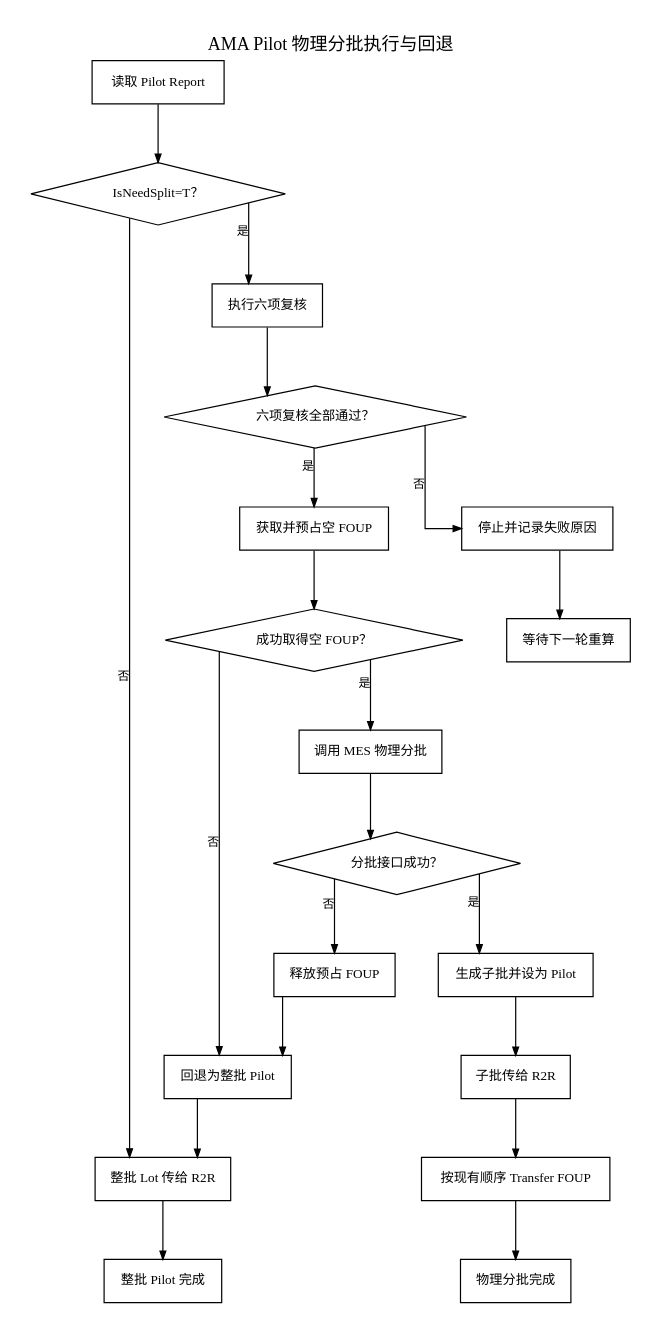
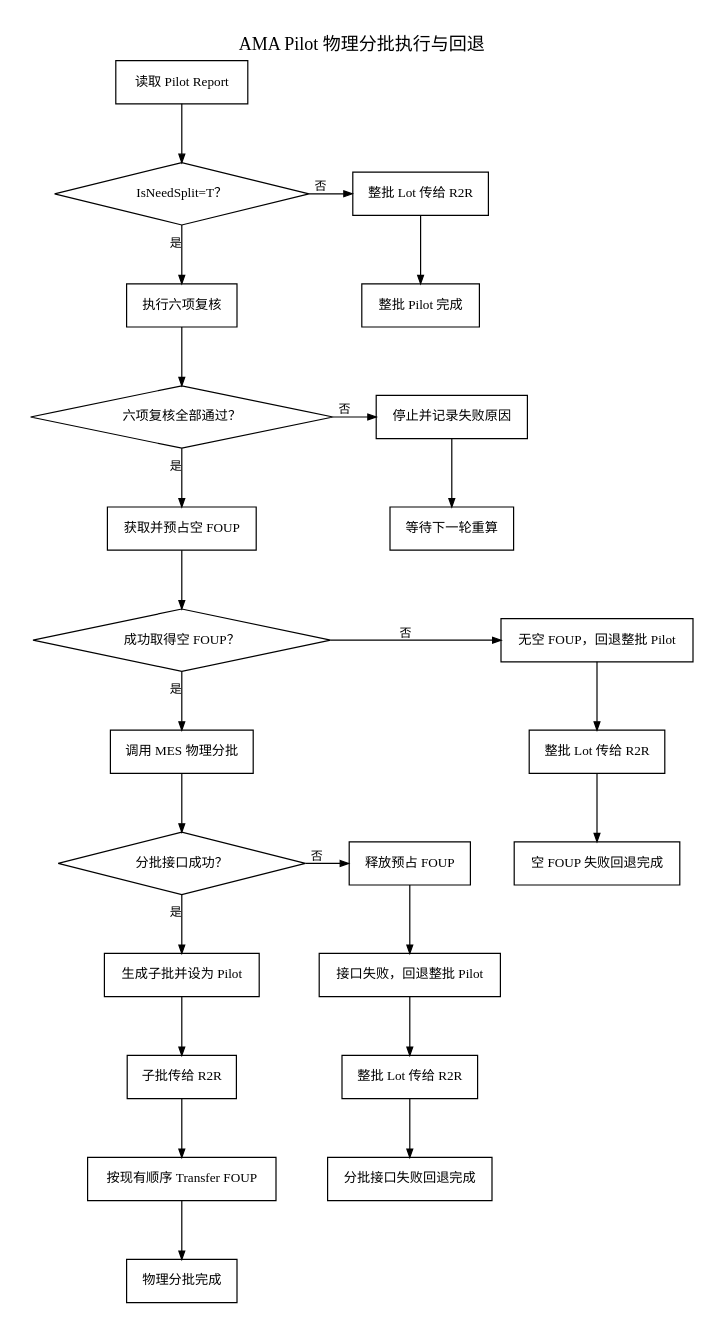
One commit to laanthony06-spec/AI changed the diagram in 00.raw-materials/90.processed/LithoAutoPiRun/流程图/Graphviz优化版/06_AMA_Pilot物理分批执行与回退.dot. Above: the diagram before and after it, drawn with Graphviz. The commit also changed 42 other files, not shown here.

```diff
--- a/00.raw-materials/90.processed/LithoAutoPiRun/流程图/Graphviz优化版/06_AMA_Pilot物理分批执行与回退.dot
+++ b/00.raw-materials/90.processed/LithoAutoPiRun/流程图/Graphviz优化版/06_AMA_Pilot物理分批执行与回退.dot
@@ -1,68 +1,82 @@
 digraph AMAPhysicalSplit {
   graph [
     charset="UTF-8",
     rankdir=TB,
     splines=ortho,
     bgcolor="white",
     pad=0.25,
     nodesep=0.5,
     ranksep=0.68,
     fontname="Microsoft YaHei",
     fontsize=15,
     labelloc="t",
     label="AMA Pilot 物理分批执行与回退"
   ];
   node [
     shape=box,
     style="solid",
     color="black",
     fontcolor="black",
     fontname="Microsoft YaHei",
     fontsize=11,
     margin="0.16,0.10"
   ];
   edge [
     color="black",
     fontcolor="black",
     fontname="Microsoft YaHei",
     fontsize=10,
     arrowsize=0.7
   ];
 
   start [label="读取 Pilot Report"];
   split [shape=diamond, label="IsNeedSplit=T？"];
   whole [label="整批 Lot 传给 R2R"];
   whole_end [label="整批 Pilot 完成"];
   review [label="执行六项复核"];
   review_ok [shape=diamond, label="六项复核全部通过？"];
   stop [label="停止并记录失败原因"];
   wait [label="等待下一轮重算"];
   reserve [label="获取并预占空 FOUP"];
   reserve_ok [shape=diamond, label="成功取得空 FOUP？"];
   mes [label="调用 MES 物理分批"];
   mes_ok [shape=diamond, label="分批接口成功？"];
   release [label="释放预占 FOUP"];
-  fallback [label="回退为整批 Pilot"];
+  fallback_reserve [label="无空 FOUP，回退整批 Pilot"];
+  fallback_reserve_send [label="整批 Lot 传给 R2R"];
+  fallback_reserve_end [label="空 FOUP 失败回退完成"];
+  fallback_mes [label="接口失败，回退整批 Pilot"];
+  fallback_mes_send [label="整批 Lot 传给 R2R"];
+  fallback_mes_end [label="分批接口失败回退完成"];
   child [label="生成子批并设为 Pilot"];
   send [label="子批传给 R2R"];
   transfer [label="按现有顺序 Transfer FOUP"];
   end [label="物理分批完成"];
 
-  start -> split;
-  split -> whole [xlabel="否"];
-  whole -> whole_end;
-  split -> review [xlabel="是"];
-  review -> review_ok;
-  review_ok -> stop [xlabel="否"];
-  stop -> wait;
-  review_ok -> reserve [xlabel="是"];
-  reserve -> reserve_ok;
-  reserve_ok -> fallback [xlabel="否"];
-  reserve_ok -> mes [xlabel="是"];
-  mes -> mes_ok;
-  mes_ok -> release [xlabel="否"];
-  release -> fallback;
-  fallback -> whole;
-  mes_ok -> child [xlabel="是"];
-  child -> send -> transfer -> end;
+  start:s -> split:n;
+  { rank=same; split; whole; }
+  split:e -> whole:w [xlabel="否", constraint=false];
+  whole:s -> whole_end:n;
+  split:s -> review:n [xlabel="是"];
+  review:s -> review_ok:n;
+  { rank=same; review_ok; stop; }
+  review_ok:e -> stop:w [xlabel="否", constraint=false];
+  stop:s -> wait:n;
+  review_ok:s -> reserve:n [xlabel="是"];
+  reserve:s -> reserve_ok:n;
+  { rank=same; reserve_ok; fallback_reserve; }
+  reserve_ok:e -> fallback_reserve:w [xlabel="否", constraint=false];
+  fallback_reserve:s -> fallback_reserve_send:n;
+  fallback_reserve_send:s -> fallback_reserve_end:n;
+  reserve_ok:s -> mes:n [xlabel="是"];
+  mes:s -> mes_ok:n;
+  { rank=same; mes_ok; release; }
+  mes_ok:e -> release:w [xlabel="否", constraint=false];
+  release:s -> fallback_mes:n;
+  fallback_mes:s -> fallback_mes_send:n;
+  fallback_mes_send:s -> fallback_mes_end:n;
+  mes_ok:s -> child:n [xlabel="是"];
+  child:s -> send:n;
+  send:s -> transfer:n;
+  transfer:s -> end:n;
 }
```
